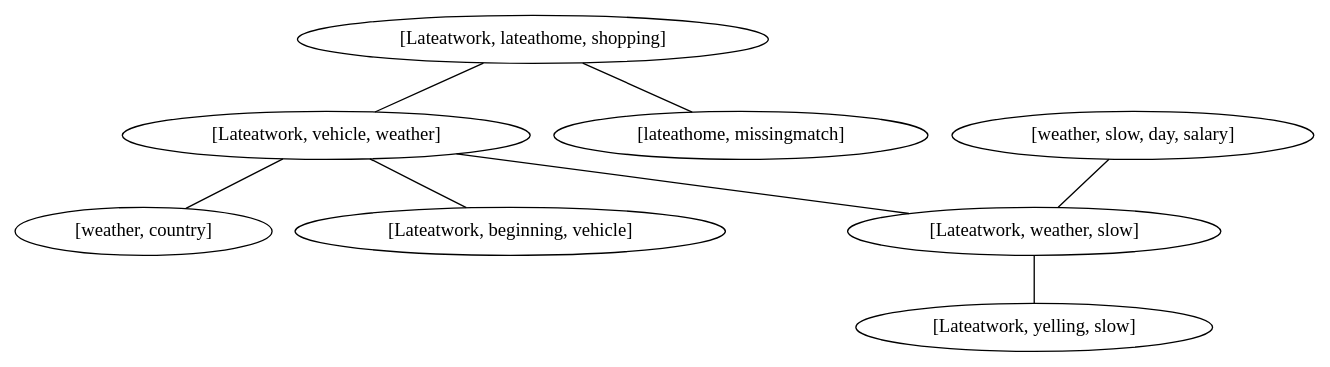
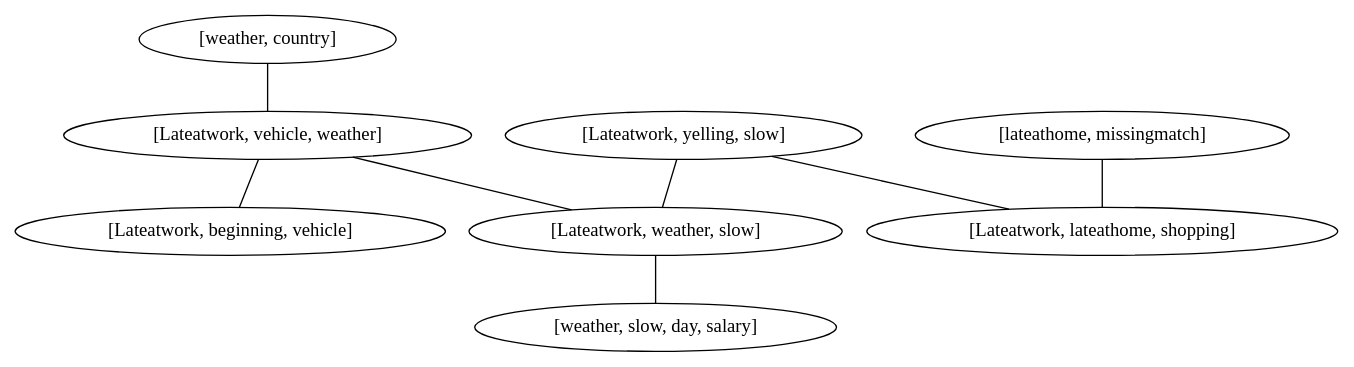
One commit to ThorbenLindhauer/graphical-models changed the diagram in integration/testGeneratedCliqueTreeSumProductMarginal.dot. Above: the diagram before and after it, drawn with Graphviz. The commit also changed 34 other files, not shown here.

```diff
--- a/integration/testGeneratedCliqueTreeSumProductMarginal.dot
+++ b/integration/testGeneratedCliqueTreeSumProductMarginal.dot
@@ -1,16 +1,16 @@
-graph {254567325 [label="[Lateatwork, lateathome, shopping]" ];
-1346370750 [label="[weather, slow, day, salary]" ];
-418006811 [label="[Lateatwork, vehicle, weather]" ];
-1855474291 [label="[Lateatwork, weather, slow]" ];
-746719862 [label="[weather, country]" ];
-226287566 [label="[lateathome, missingmatch]" ];
-1021463140 [label="[Lateatwork, beginning, vehicle]" ];
-725606451 [label="[Lateatwork, yelling, slow]" ];
-418006811 -- 1021463140;
-418006811 -- 746719862;
-254567325 -- 226287566;
-254567325 -- 418006811;
-418006811 -- 1855474291;
-1855474291 -- 725606451;
-1346370750 -- 1855474291;
+graph {1996863976 [label="[Lateatwork, yelling, slow]" ];
+54940086 [label="[weather, country]" ];
+1089087341 [label="[Lateatwork, vehicle, weather]" ];
+1287816806 [label="[Lateatwork, weather, slow]" ];
+418409316 [label="[Lateatwork, beginning, vehicle]" ];
+2072611839 [label="[lateathome, missingmatch]" ];
+475125441 [label="[Lateatwork, lateathome, shopping]" ];
+1343913734 [label="[weather, slow, day, salary]" ];
+1089087341 -- 418409316;
+1996863976 -- 1287816806;
+1287816806 -- 1343913734;
+1089087341 -- 1287816806;
+2072611839 -- 475125441;
+1996863976 -- 475125441;
+54940086 -- 1089087341;
 }
```
